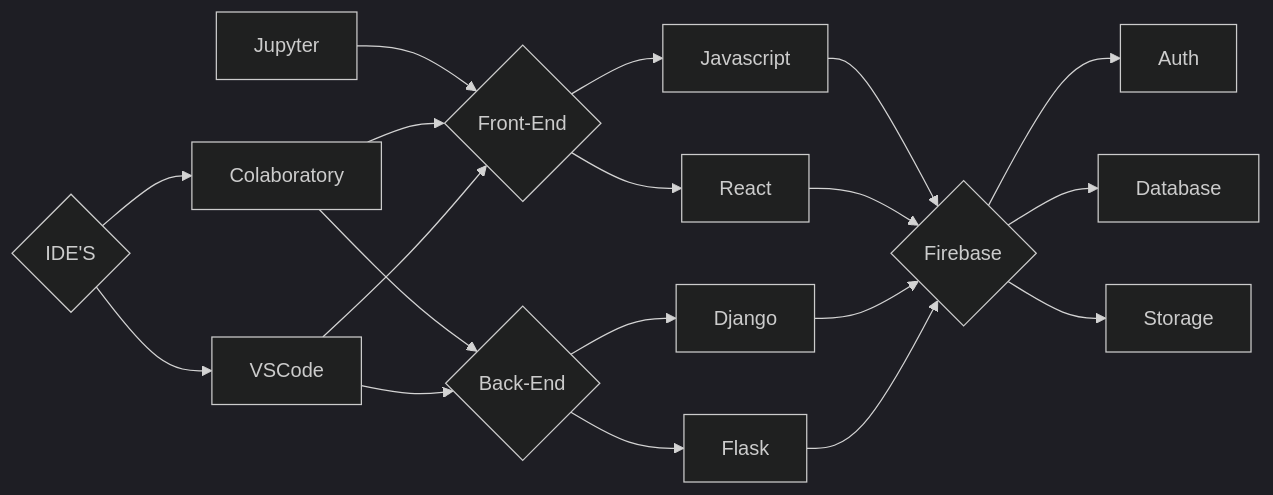
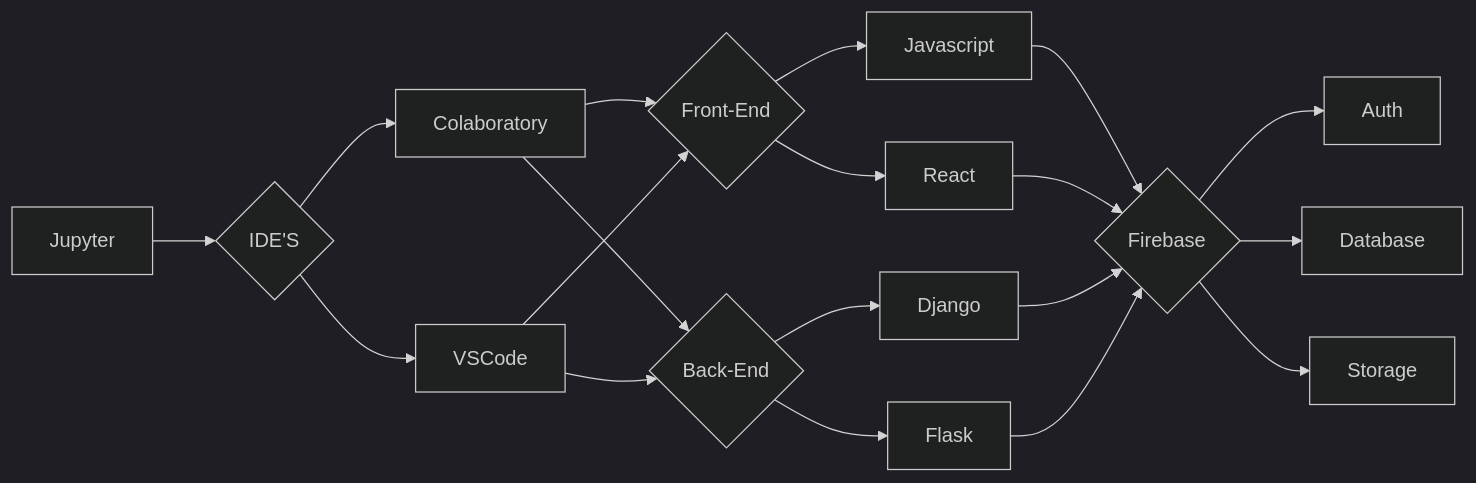
One commit to SauloCandeira/SauloCandeira changed the first of 2 diagrams in README.md. Above: the diagram before and after it, drawn with Mermaid (dark theme).

````diff
--- a/README.md
+++ b/README.md
@@ -60,24 +60,24 @@
 ```mermaid
 flowchart LR
 
-M[Jupyter] --> A{Front-End} 
+M[Jupyter] --> Z{IDE'S} 
 
 Z{IDE'S} --> K[Colaboratory]
 Z  --> L
 
 K[Colaboratory] --> A{Front-End} 
 K --> B{Back-End}
 L[VSCode] --> A{Front-End} 
 L --> B{Back-End}
 
 A{Front-End} --> I[Javascript] --> C{Firebase}
 A{Front-End} --> J[React] --> C{Firebase}
 
 B{Back-End} --> G[Django] --> C{Firebase}
 B{Back-End} --> H[Flask] --> C{Firebase}
 
 
 C --> D[Auth]
 C --> E[Database]
 C --> F[Storage]
 ```
````
